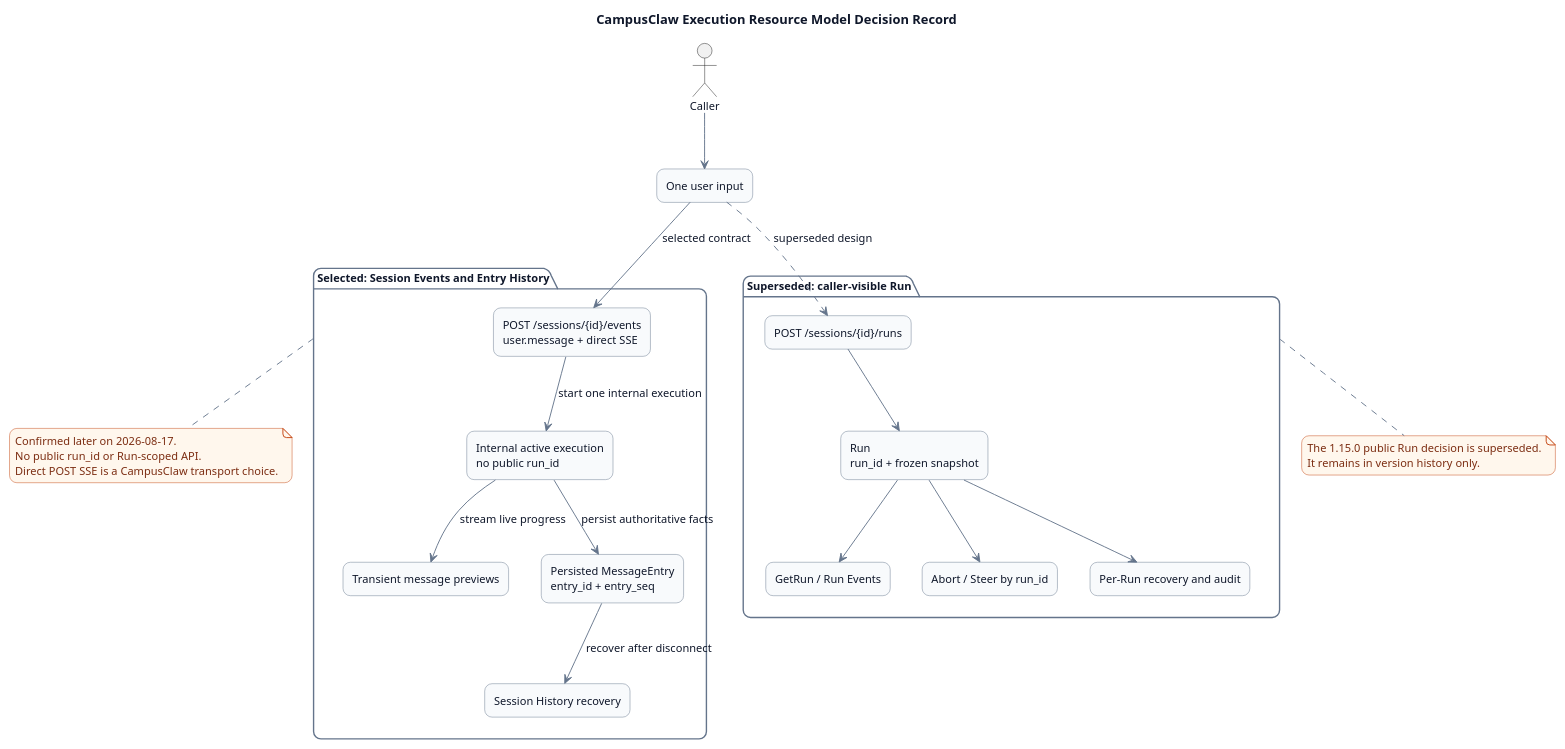
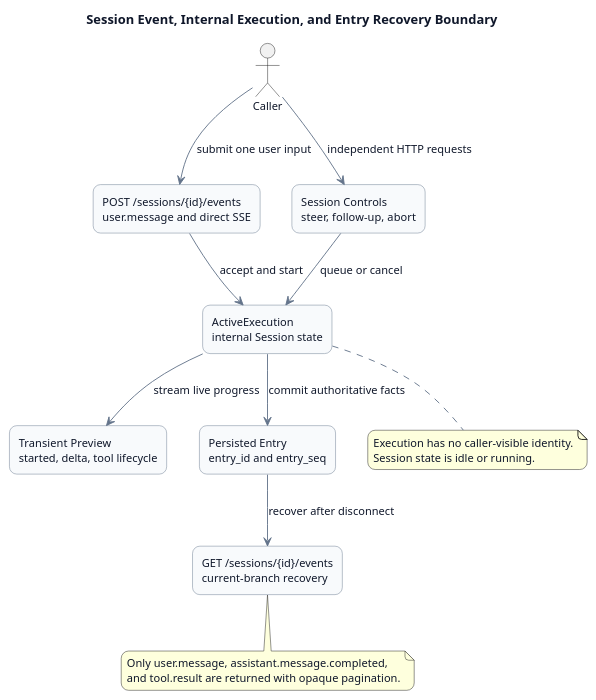
One commit to ssm0808/pi-mono-java-design changed diagram 12 of 14 in pi-mono-java-manager-driven-multi-agent-runtime/diagram.puml. Above: the diagram before and after it, drawn with PlantUML. The commit also changed other lines of this file and 61 other files, not shown here.

```diff
--- a/pi-mono-java-manager-driven-multi-agent-runtime/diagram.puml
+++ b/pi-mono-java-manager-driven-multi-agent-runtime/diagram.puml
@@ -940,87 +940,51 @@
 @startuml http_execution_resource_model
-title CampusClaw Execution Resource Model Decision Record
+title Session Event, Internal Execution, and Entry Recovery Boundary
 
 ' Source evidence verified on 2026-08-17:
 ' https://platform.claude.com/docs/en/managed-agents/events-and-streaming
 ' https://platform.claude.com/docs/en/managed-agents/sessions
-' https://platform.claude.com/docs/en/managed-agents/session-operations
-' https://platform.claude.com/docs/en/managed-agents/scheduled-deployments
-' Anthropic observed behavior: user.message events drive Session work; queued events have
-' processed_at=null; Session status and Session Events expose execution progress.
-' Anthropic observed behavior: Deployment Run tracks Session creation success or failure,
-' not the lifecycle of work inside the created Session.
-' CampusClaw target evidence:
-' chat-http-v1-design.md, section 2.2.1, execution resource model decision
-' chat-http-v1-design.md, confirmed Session Event and execution resource decisions
-' Target-only decision: neither pi baseline exposes this managed Session HTTP contract.
-' Design reason: use Session Entry history as the recovery unit and avoid a redundant
-' public run resource when callers only submit messages and observe Session output.
-' Confirmed later on 2026-08-17: Session Events replace the earlier public Run decision.
-' Architecture impact: the old active_run field was removed from CreateSession and GetSession.
+' pi-mono packages/coding-agent/src/core/session-manager.ts, getBranch and appendMessage
+' pi-mono-java modules/agent-core/src/main/java/com/campusclaw/agent/Agent.java, startExecution
+' Observed behavior: both pi baselines rebuild conversation context from messages and entries.
+' Target-only decision: CampusClaw exposes Session Events and keeps execution identity internal.
+' Design reason: one public recovery model avoids duplicated lifecycle and cursor semantics.
 
 skinparam backgroundColor #FFFFFF
 skinparam shadowing false
 skinparam roundcorner 16
 skinparam defaultFontName Arial
 skinparam defaultFontSize 12
 skinparam defaultFontColor #0F172A
 skinparam ArrowColor #64748B
 skinparam rectangle {
   BorderColor #64748B
   BackgroundColor #F8FAFC
   FontColor #0F172A
 }
-skinparam package {
-  BorderColor #64748B
-  BackgroundColor #FFFFFF
-  FontColor #0F172A
-}
-skinparam note {
-  BackgroundColor #FFF7ED
-  BorderColor #C2410C
-  FontColor #7C2D12
-}
 
 actor Caller
-rectangle "One user input" as Input
+rectangle "POST /sessions/{id}/events\nuser.message and direct SSE" as SendEvent
+rectangle "ActiveExecution\ninternal Session state" as Execution
+rectangle "Transient Preview\nstarted, delta, tool lifecycle" as Preview
+rectangle "Persisted Entry\nentry_id and entry_seq" as Entry
+rectangle "GET /sessions/{id}/events\ncurrent-branch recovery" as GetEvents
+rectangle "Session Controls\nsteer, follow-up, abort" as Controls
 
-package "Selected: Session Events and Entry History" as CandidateA {
-  rectangle "POST /sessions/{id}/events\nuser.message + direct SSE" as SendEvent
-  rectangle "Internal active execution\nno public run_id" as Execution
-  rectangle "Transient message previews" as Preview
-  rectangle "Persisted MessageEntry\nentry_id + entry_seq" as Entry
-  rectangle "Session History recovery" as History
-}
+Caller --> SendEvent : submit one user input
+SendEvent --> Execution : accept and start
+Execution --> Preview : stream live progress
+Execution --> Entry : commit authoritative facts
+Entry --> GetEvents : recover after disconnect
+Caller --> Controls : independent HTTP requests
+Controls --> Execution : queue or cancel
 
-package "Superseded: caller-visible Run" as CandidateB {
-  rectangle "POST /sessions/{id}/runs" as CreateRun
-  rectangle "Run\nrun_id + frozen snapshot" as Run
-  rectangle "GetRun / Run Events" as RunObserve
-  rectangle "Abort / Steer by run_id" as RunControl
-  rectangle "Per-Run recovery and audit" as RunAudit
-}
-
-Caller --> Input
-Input --> SendEvent : selected contract
-SendEvent --> Execution : start one internal execution
-Execution --> Preview : stream live progress
-Execution --> Entry : persist authoritative facts
-Entry --> History : recover after disconnect
-
-Input ..> CreateRun : superseded design
-CreateRun --> Run
-Run --> RunObserve
-Run --> RunControl
-Run --> RunAudit
-
-note bottom of CandidateA
-Confirmed later on 2026-08-17.
-No public run_id or Run-scoped API.
-Direct POST SSE is a CampusClaw transport choice.
+note bottom of Execution
+Execution has no caller-visible identity.
+Session state is idle or running.
 end note
 
-note bottom of CandidateB
-The 1.15.0 public Run decision is superseded.
-It remains in version history only.
+note bottom of GetEvents
+Only user.message, assistant.message.completed,
+and tool.result are returned with opaque pagination.
 end note
 @enduml
```
